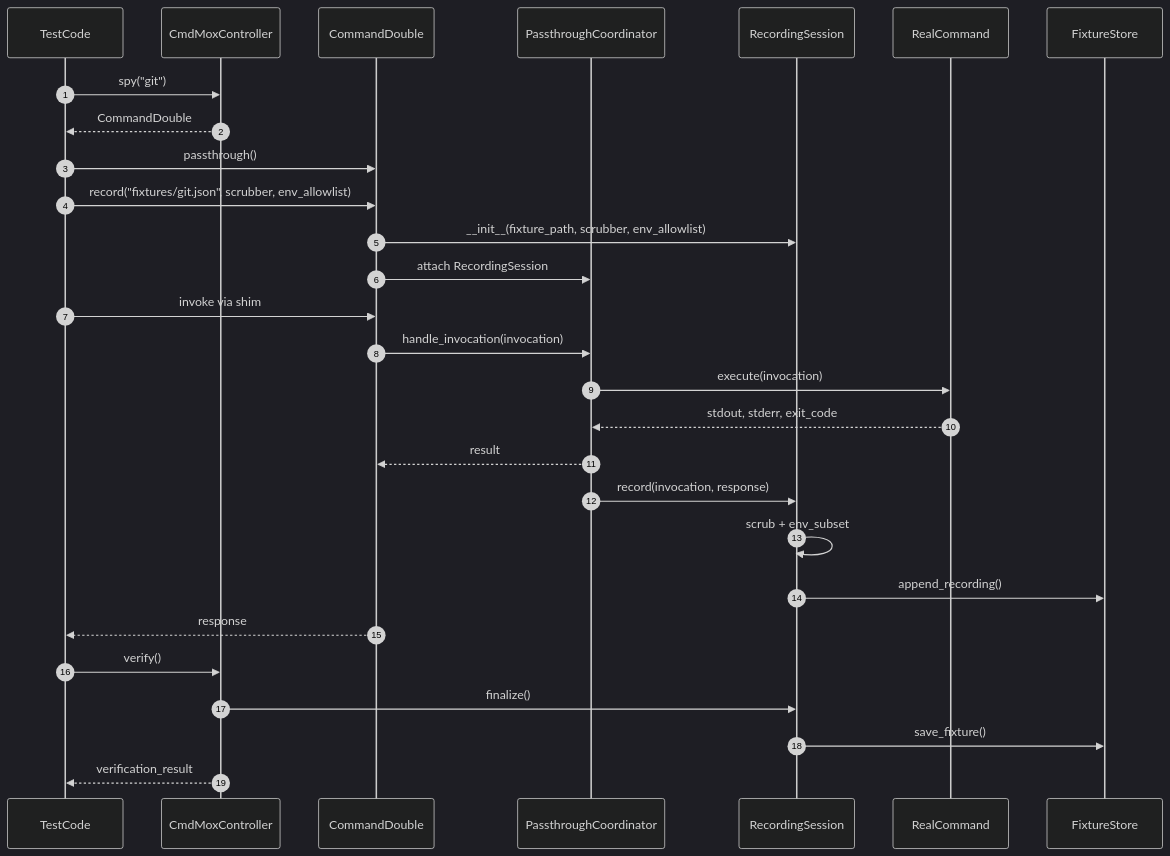
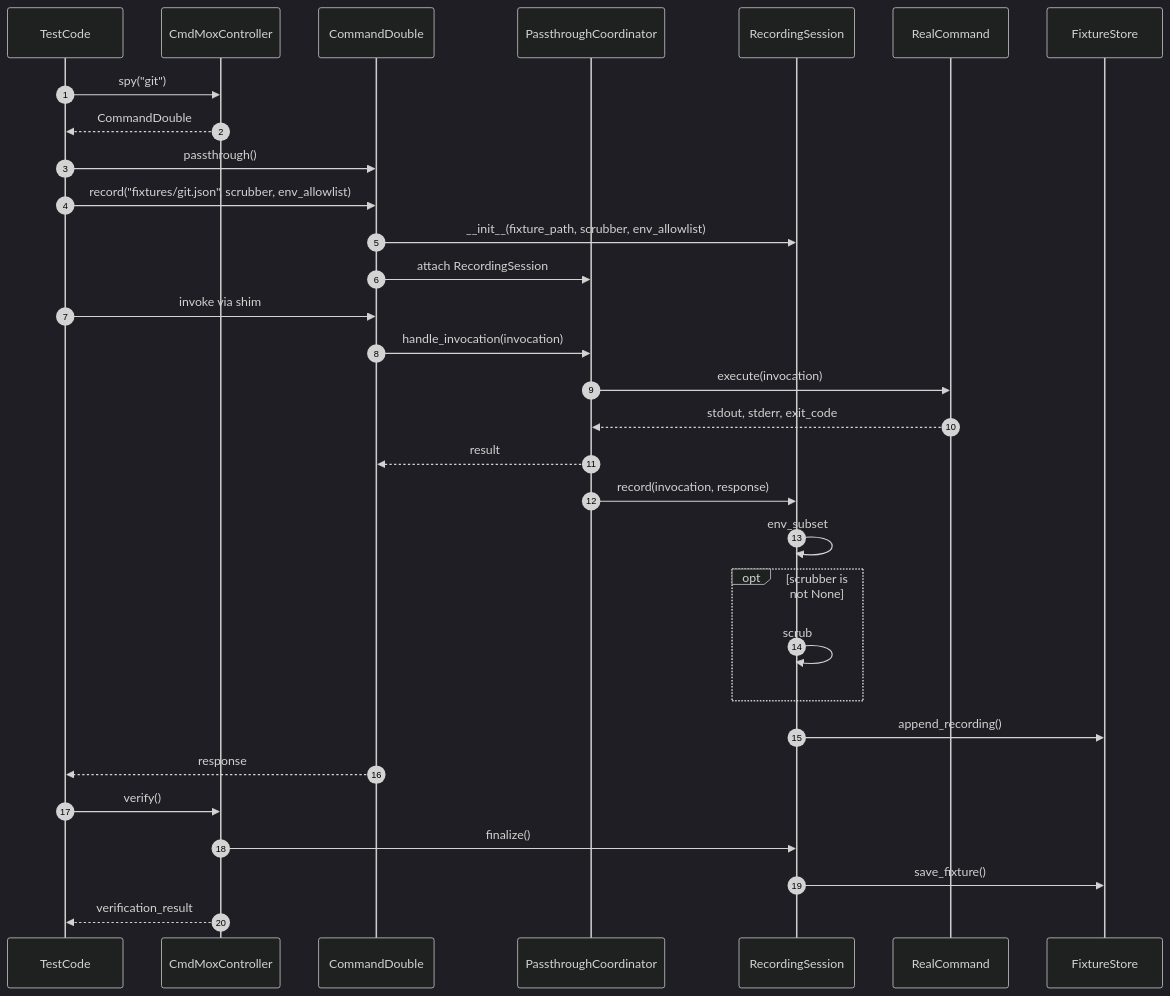
One commit to leynos/cmd-mox changed diagram 21 of 31 in docs/python-native-command-mocking-design.md. Above: the diagram before and after it, drawn with Mermaid (dark theme). The commit also changed other lines of this file and 1 other file, not shown here.

````diff
--- a/docs/python-native-command-mocking-design.md
+++ b/docs/python-native-command-mocking-design.md
@@ -2258,33 +2261,36 @@
 ```mermaid
 sequenceDiagram
     autonumber
     participant TestCode as TestCode
     participant CmdMox as CmdMoxController
     participant CommandDouble as CommandDouble
     participant Passthrough as PassthroughCoordinator
     participant RecordingSession as RecordingSession
     participant RealCommand as RealCommand
     participant FixtureStore as FixtureStore
 
     TestCode->>CmdMox: spy("git")
     CmdMox-->>TestCode: CommandDouble
     TestCode->>CommandDouble: passthrough()
     TestCode->>CommandDouble: record("fixtures/git.json", scrubber, env_allowlist)
     CommandDouble->>RecordingSession: __init__(fixture_path, scrubber, env_allowlist)
     CommandDouble->>Passthrough: attach RecordingSession
 
     TestCode->>CommandDouble: invoke via shim
     CommandDouble->>Passthrough: handle_invocation(invocation)
     Passthrough->>RealCommand: execute(invocation)
     RealCommand-->>Passthrough: stdout, stderr, exit_code
     Passthrough-->>CommandDouble: result
     Passthrough->>RecordingSession: record(invocation, response)
-    RecordingSession->>RecordingSession: scrub + env_subset
+    RecordingSession->>RecordingSession: env_subset
+    opt scrubber is not None
+        RecordingSession->>RecordingSession: scrub
+    end
     RecordingSession->>FixtureStore: append_recording()
     CommandDouble-->>TestCode: response
 
     TestCode->>CmdMox: verify()
     CmdMox->>RecordingSession: finalize()
     RecordingSession->>FixtureStore: save_fixture()
     CmdMox-->>TestCode: verification_result
 ```
````
